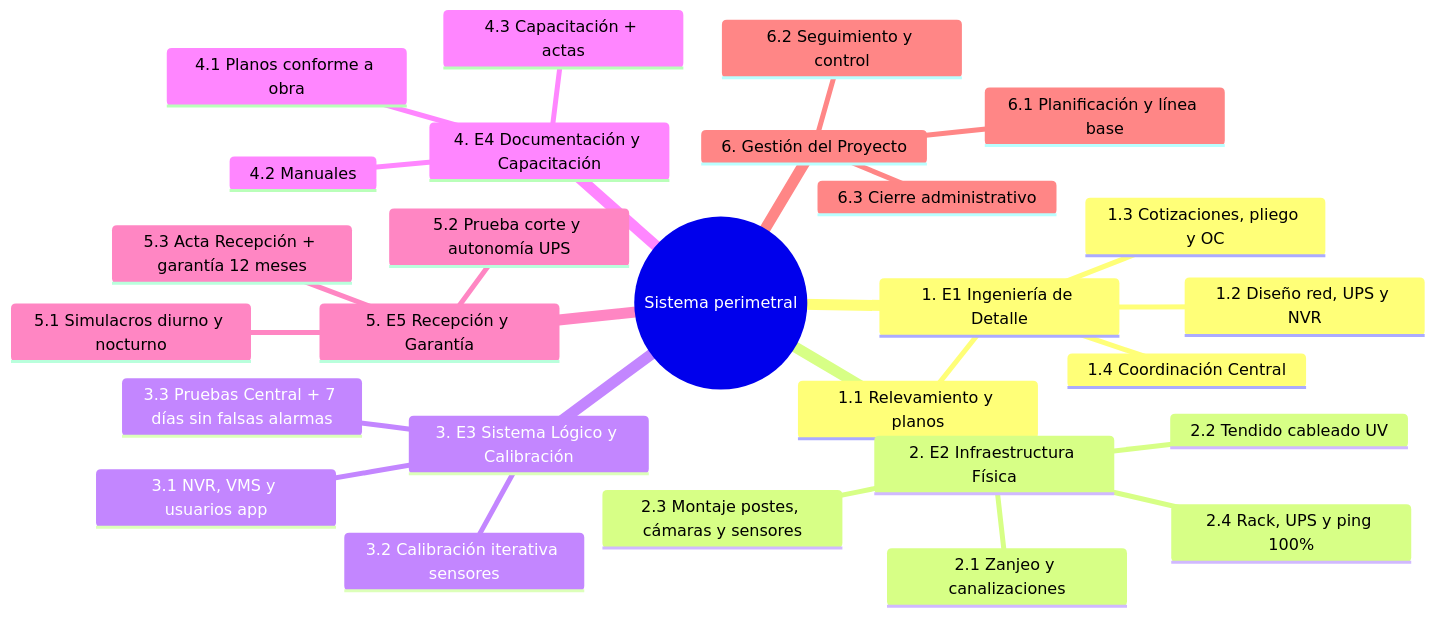
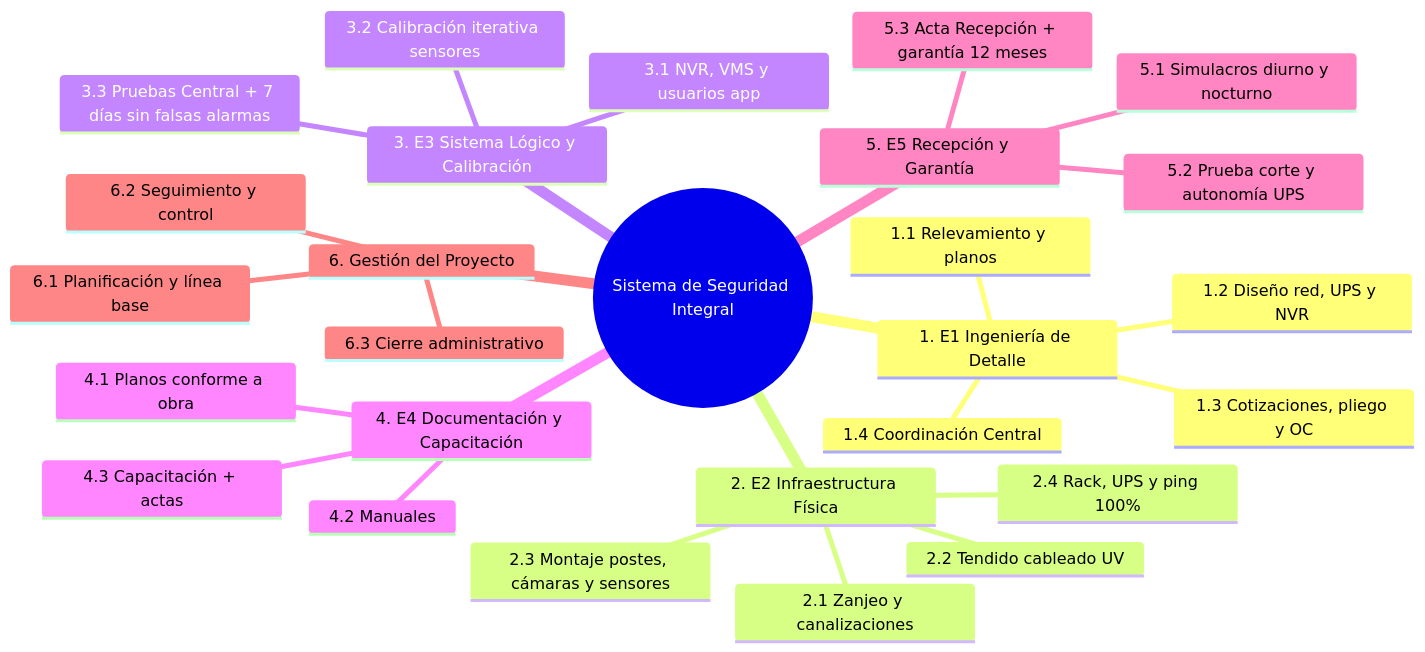
One commit to griren91/Gestion_de_Proyectos_Grupo_NR_4 changed the diagram in docs/02-edt-estimacion/edt.md. Above: the diagram before and after it, drawn with Mermaid.

````diff
--- a/docs/02-edt-estimacion/edt.md
+++ b/docs/02-edt-estimacion/edt.md
@@ -8,30 +8,30 @@
 ```mermaid
 mindmap
-  root(("Sistema perimetral"))
+  root(("Sistema de Seguridad Integral"))
     1. E1 Ingeniería de Detalle
       1.1 Relevamiento y planos
       1.2 Diseño red, UPS y NVR
       1.3 Cotizaciones, pliego y OC
       1.4 Coordinación Central
     2. E2 Infraestructura Física
       2.1 Zanjeo y canalizaciones
       2.2 Tendido cableado UV
       2.3 Montaje postes, cámaras y sensores
       2.4 Rack, UPS y ping 100%
     3. E3 Sistema Lógico y Calibración
       3.1 NVR, VMS y usuarios app
       3.2 Calibración iterativa sensores
       3.3 Pruebas Central + 7 días sin falsas alarmas
     4. E4 Documentación y Capacitación
       4.1 Planos conforme a obra
       4.2 Manuales
       4.3 Capacitación + actas
     5. E5 Recepción y Garantía
       5.1 Simulacros diurno y nocturno
       5.2 Prueba corte y autonomía UPS
       5.3 Acta Recepción + garantía 12 meses
     6. Gestión del Proyecto
       6.1 Planificación y línea base
       6.2 Seguimiento y control
       6.3 Cierre administrativo
 ```
````
